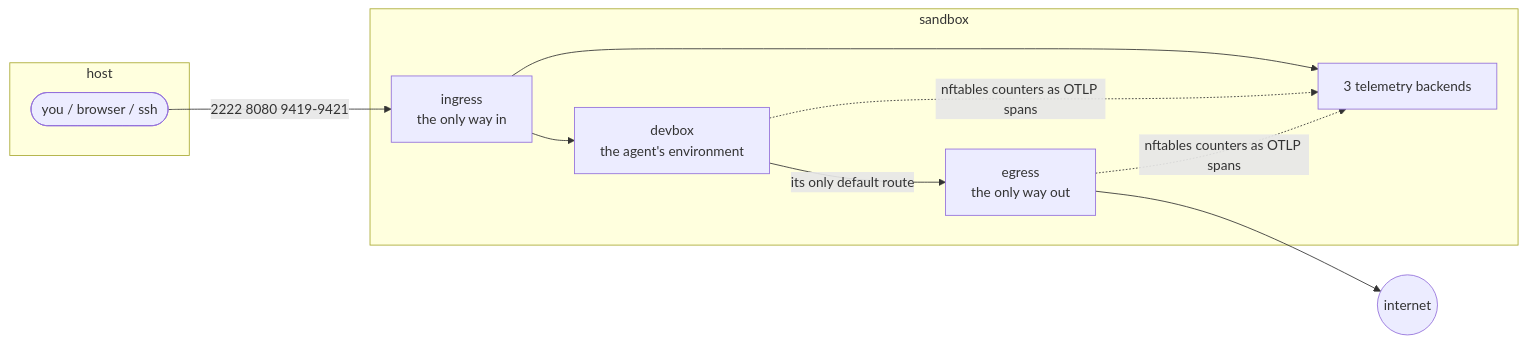
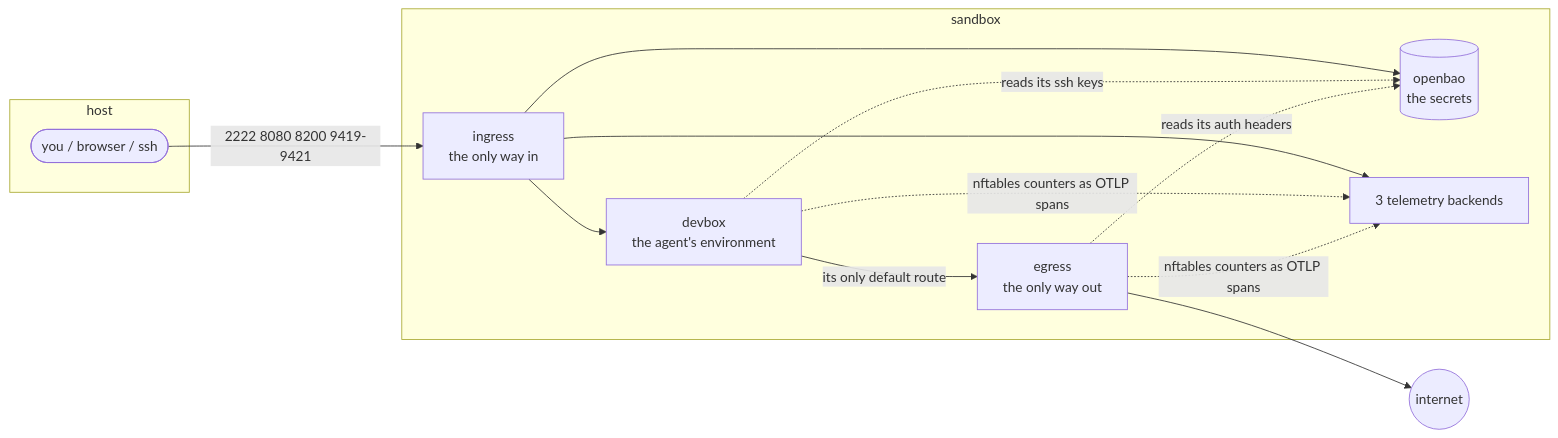
Before and after one commit to TreeHappy/Worktainer: the first of 2 diagrams in docs/sandbox.md, drawn with Mermaid. The commit also changed other lines of this file and 1 other file, not shown here.

````diff
--- a/docs/sandbox.md
+++ b/docs/sandbox.md
@@ -11,23 +12,27 @@
 ```mermaid
 flowchart LR
     subgraph HOST["host"]
         U(["you / browser / ssh"])
     end
 
     subgraph SANDBOX["sandbox"]
         ING["ingress<br/>the only way in"]
         BOX["devbox<br/>the agent's environment"]
         EG["egress<br/>the only way out"]
+        BAO[("openbao<br/>the secrets")]
         TEL["3 telemetry backends"]
     end
 
     NET(("internet"))
 
-    U -->|"2222 8080 9419-9421"| ING
+    U -->|"2222 8080 8200 9419-9421"| ING
     ING --> BOX
+    ING --> BAO
     ING --> TEL
     BOX -->|"its only default route"| EG
     EG --> NET
+    BOX -.->|"reads its ssh keys"| BAO
+    EG -.->|"reads its auth headers"| BAO
     BOX -.->|"nftables counters as OTLP spans"| TEL
     EG -.->|"nftables counters as OTLP spans"| TEL
 ```
````
